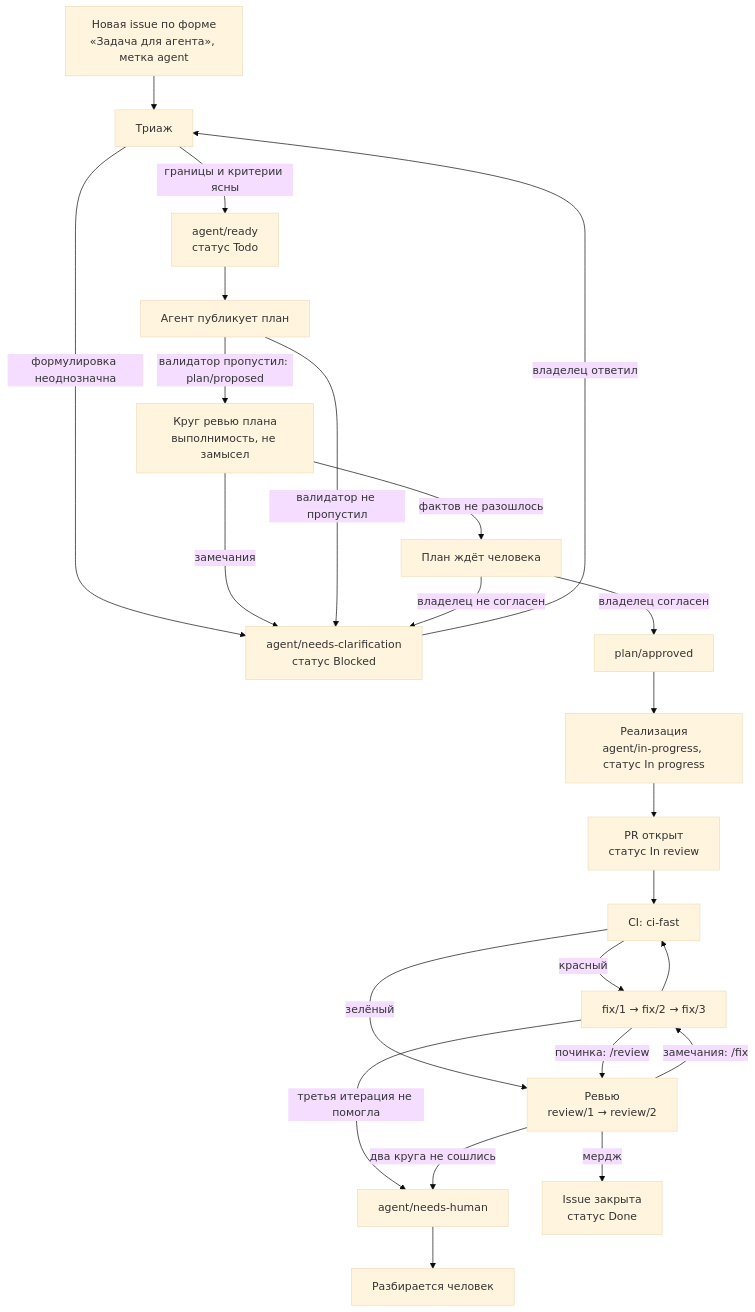
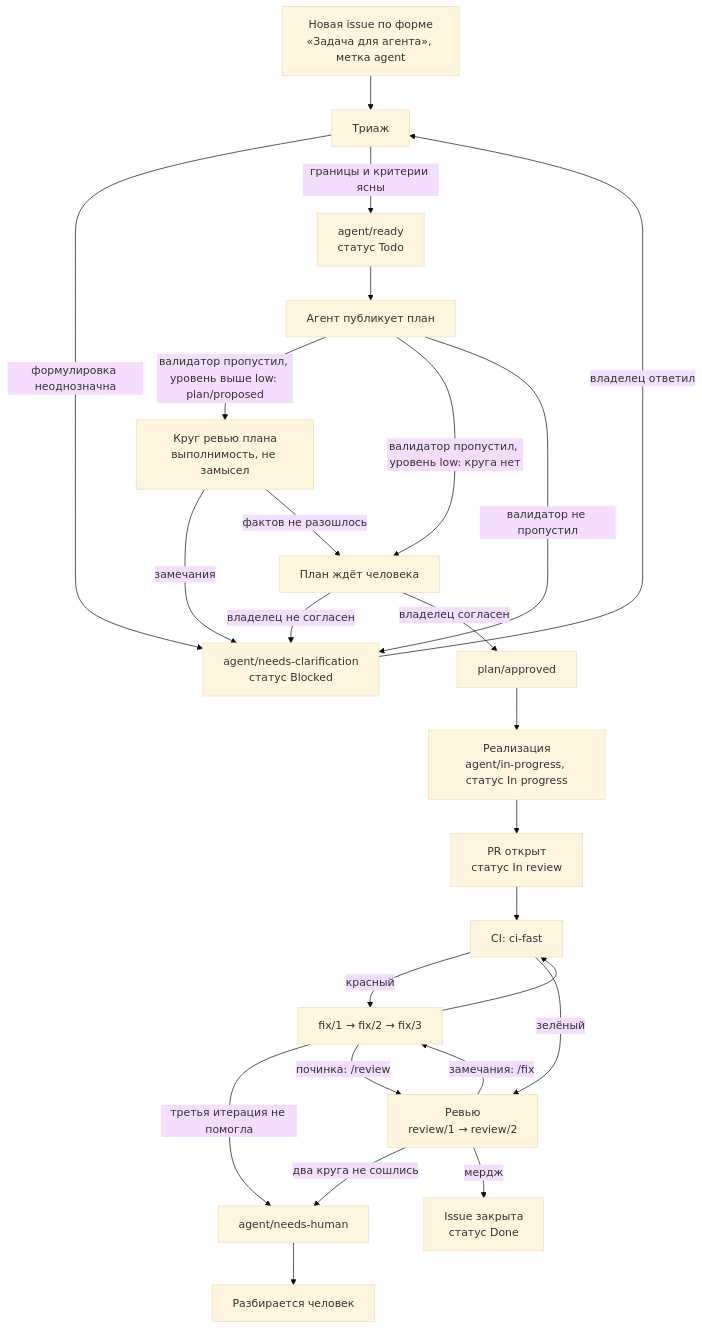
The diagram in docs/pipeline.md (k-kuzmin/domovoy), drawn with Mermaid (base theme) before and after one commit. The commit also changed other lines of this file and 16 other files, not shown here.

````diff
--- a/docs/pipeline.md
+++ b/docs/pipeline.md
@@ -64,26 +64,27 @@
 ```mermaid
 flowchart TD
     issue["Новая issue по форме<br/>«Задача для агента», метка agent"] --> triage["Триаж"]
     triage -->|формулировка неоднозначна| clar["agent/needs-clarification<br/>статус Blocked"]
     clar -->|владелец ответил| triage
     triage -->|границы и критерии ясны| ready["agent/ready<br/>статус Todo"]
     ready --> plan["Агент публикует план"]
-    plan -->|валидатор пропустил: plan/proposed| planreview["Круг ревью плана<br/>выполнимость, не замысел"]
+    plan -->|"валидатор пропустил, уровень выше low: plan/proposed"| planreview["Круг ревью плана<br/>выполнимость, не замысел"]
+    plan -->|"валидатор пропустил, уровень low: круга нет"| planok
     planreview -->|замечания| clar
     planreview -->|фактов не разошлось| planok["План ждёт человека"]
     plan -->|валидатор не пропустил| clar
     planok -->|владелец не согласен| clar
     planok -->|владелец согласен| approved["plan/approved"]
     approved --> impl["Реализация<br/>agent/in-progress, статус In progress"]
     impl --> pr["PR открыт<br/>статус In review"]
     pr --> ci["CI: ci-fast"]
     ci -->|красный| fix["fix/1 → fix/2 → fix/3"]
     fix --> ci
     fix -->|третья итерация не помогла| human["agent/needs-human"]
     ci -->|зелёный| review["Ревью<br/>review/1 → review/2"]
     review -->|замечания: /fix| fix
     fix -->|починка: /review| review
     review -->|два круга не сошлись| human
     review -->|мердж| done["Issue закрыта<br/>статус Done"]
     human --> owner["Разбирается человек"]
 ```
````
